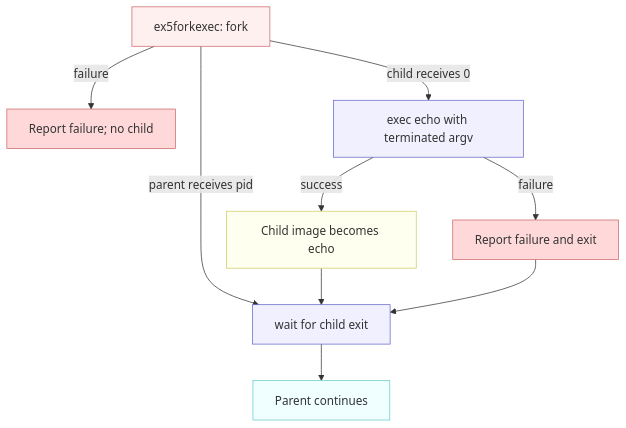
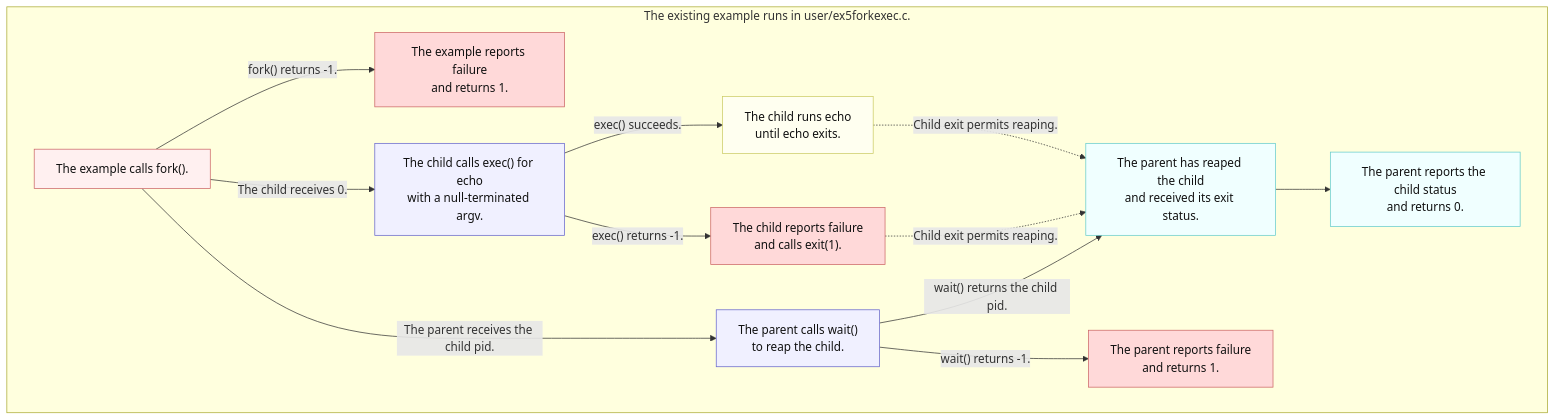
Before and after one commit to cv47522/xv6-riscv: the first of 2 diagrams in docs/labs/05-util-exec.md, drawn with Mermaid. The commit also changed other lines of this file and 3 other files, not shown here.

````diff
--- a/docs/labs/05-util-exec.md
+++ b/docs/labs/05-util-exec.md
@@ -110,22 +120,25 @@
 ```mermaid
 flowchart TD
-    F["ex5forkexec: fork"] -->|failure| X["Report failure; no child"]
-    F -->|child receives 0| E["exec echo with terminated argv"]
-    E -->|success| N["Child image becomes echo"]
-    E -->|failure| C["Report failure and exit"]
-    F -->|parent receives pid| W["wait for child exit"]
-    N --> W
-    C --> W
-    W --> R["Parent continues"]
-
-    classDef request fill:#fff0f0,stroke:#c66
-    classDef routing fill:#f0f0ff,stroke:#66c
-    classDef processing fill:#fffff0,stroke:#cc6
-    classDef commit fill:#f0ffff,stroke:#6cc
-    classDef failure fill:#ffd9d9,stroke:#c66
+    subgraph P["The existing example runs in user/ex5forkexec.c."]
+        F["The example calls fork()."] -->|"fork() returns -1."| X["The example reports failure<br/>and returns 1."]
+        F -->|"The child receives 0."| E["The child calls exec() for echo<br/>with a null-terminated argv."]
+        E -->|"exec() succeeds."| N["The child runs echo<br/>until echo exits."]
+        E -->|"exec() returns -1."| C["The child reports failure<br/>and calls exit(1)."]
+        F -->|"The parent receives the child pid."| W["The parent calls wait()<br/>to reap the child."]
+        N -.->|"Child exit permits reaping."| J
+        C -.->|"Child exit permits reaping."| J
+        W -->|"wait() returns the child pid."| J["The parent has reaped the child<br/>and received its exit status."]
+        J --> R["The parent reports the child status<br/>and returns 0."]
+        W -->|"wait() returns -1."| Y["The parent reports failure<br/>and returns 1."]
+    end
+    classDef request fill:#fff0f0,stroke:#c66,color:#111
+    classDef routing fill:#f0f0ff,stroke:#66c,color:#111
+    classDef processing fill:#fffff0,stroke:#cc6,color:#111
+    classDef commit fill:#f0ffff,stroke:#6cc,color:#111
+    classDef failure fill:#ffd9d9,stroke:#c66,color:#111
     class F request
     class E,W routing
     class N processing
-    class R commit
-    class X,C failure
+    class J,R commit
+    class X,C,Y failure
 ```
````
